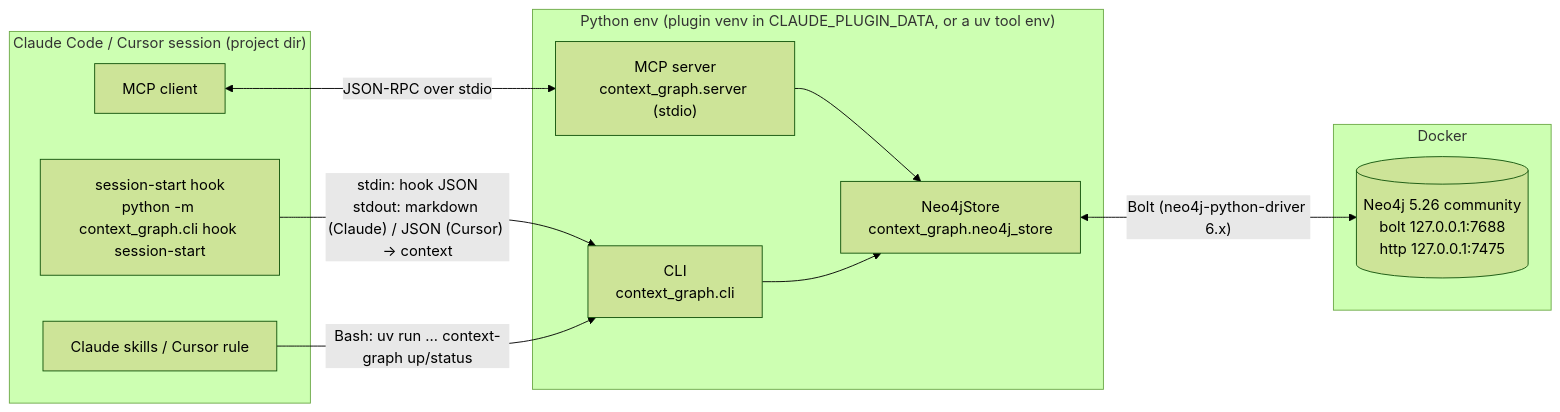
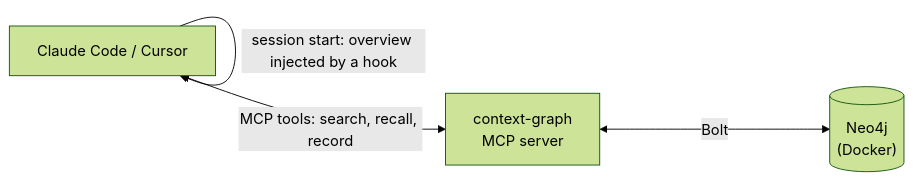
Before and after one commit to matinebdi/context-graph: the diagram in README.md, drawn with Mermaid (forest theme). The commit also changed other lines of this file and 7 other files, not shown here.

````diff
--- a/README.md
+++ b/README.md
@@ -57,25 +23,6 @@
 ```mermaid
 flowchart LR
-    subgraph CC["Claude Code / Cursor session (project dir)"]
-        H["session-start hook<br/>python -m context_graph.cli hook session-start"]
-        M["MCP client"]
-        S["Claude skills / Cursor rule"]
-    end
-
-    subgraph PL["Python env (plugin venv in CLAUDE_PLUGIN_DATA, or a uv tool env)"]
-        SRV["MCP server<br/>context_graph.server (stdio)"]
-        CLI["CLI<br/>context_graph.cli"]
-        ST["Neo4jStore<br/>context_graph.neo4j_store"]
-    end
-
-    subgraph DK["Docker"]
-        NEO[("Neo4j 5.26 community<br/>bolt 127.0.0.1:7688<br/>http 127.0.0.1:7475")]
-    end
-
-    H -- "stdin: hook JSON<br/>stdout: markdown (Claude) / JSON (Cursor) → context" --> CLI
-    M <-- "JSON-RPC over stdio" --> SRV
-    S -- "Bash: uv run … context-graph up/status" --> CLI
-    SRV --> ST
-    CLI --> ST
-    ST <-- "Bolt (neo4j-python-driver 6.x)" --> NEO
+    A["Claude Code / Cursor"] -- "session start: overview injected by a hook" --> A
+    A <-- "MCP tools: search, recall, record" --> S["context-graph<br/>MCP server"]
+    S <-- Bolt --> N[("Neo4j<br/>(Docker)")]
 ```
````
